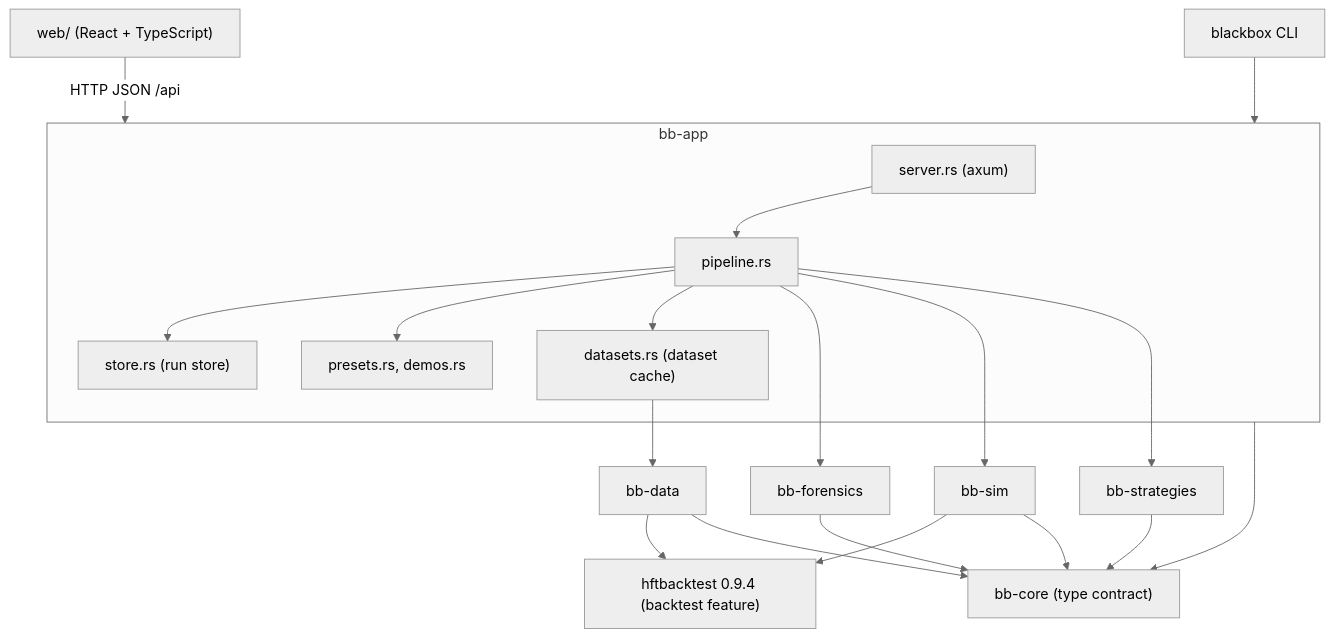
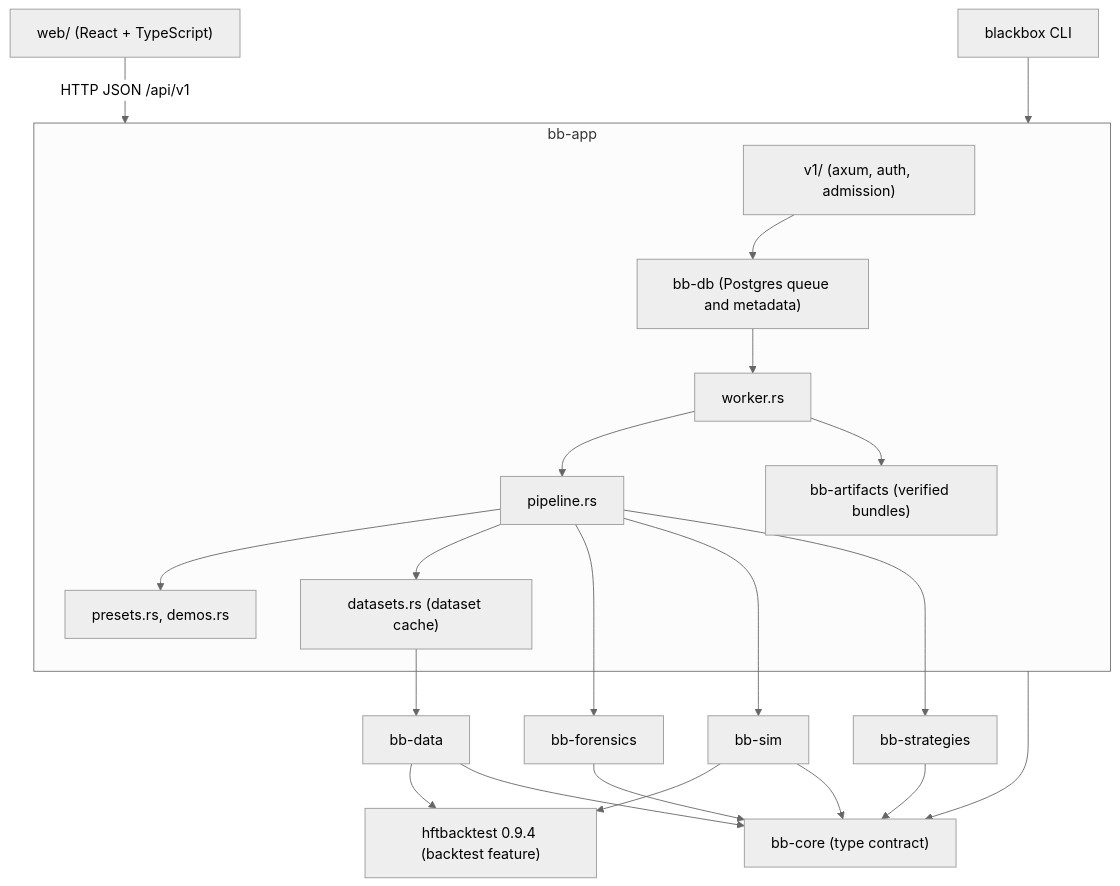
The first of 2 diagrams in docs/ARCHITECTURE.md (tanmay-alpha/BlackBox-HFT), drawn with Mermaid (neutral theme) before and after one commit. The commit also changed other lines of this file and 17 other files, not shown here.

````diff
--- a/docs/ARCHITECTURE.md
+++ b/docs/ARCHITECTURE.md
@@ -11,22 +11,24 @@
 ```mermaid
 flowchart TB
-  WEB["web/ (React + TypeScript)"] -->|"HTTP JSON /api"| APP
+  WEB["web/ (React + TypeScript)"] -->|"HTTP JSON /api/v1"| APP
   CLI["blackbox CLI"] --> APP
   subgraph APP["bb-app"]
-    SERVER["server.rs (axum)"] --> PIPE["pipeline.rs"]
-    PIPE --> STORE["store.rs (run store)"]
+    SERVER["v1/ (axum, auth, admission)"] --> DB["bb-db (Postgres queue and metadata)"]
+    DB --> WORKER["worker.rs"]
+    WORKER --> PIPE["pipeline.rs"]
+    WORKER --> STORE["bb-artifacts (verified bundles)"]
     PIPE --> PRESETS["presets.rs, demos.rs"]
     PIPE --> DS["datasets.rs (dataset cache)"]
   end
   PIPE --> FOR["bb-forensics"]
   PIPE --> SIM["bb-sim"]
   PIPE --> STRAT["bb-strategies"]
   DS --> DATA["bb-data"]
   SIM --> HBT["hftbacktest 0.9.4 (backtest feature)"]
   DATA --> HBT
   FOR --> CORE["bb-core (type contract)"]
   SIM --> CORE
   STRAT --> CORE
   DATA --> CORE
   APP --> CORE
 ```
````
